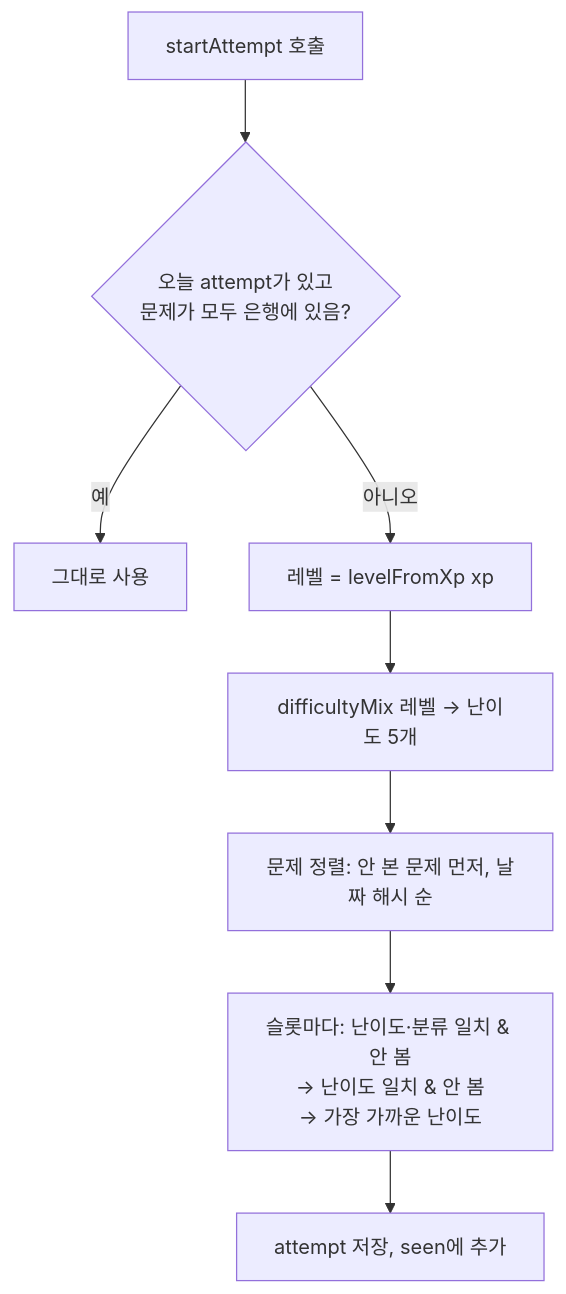
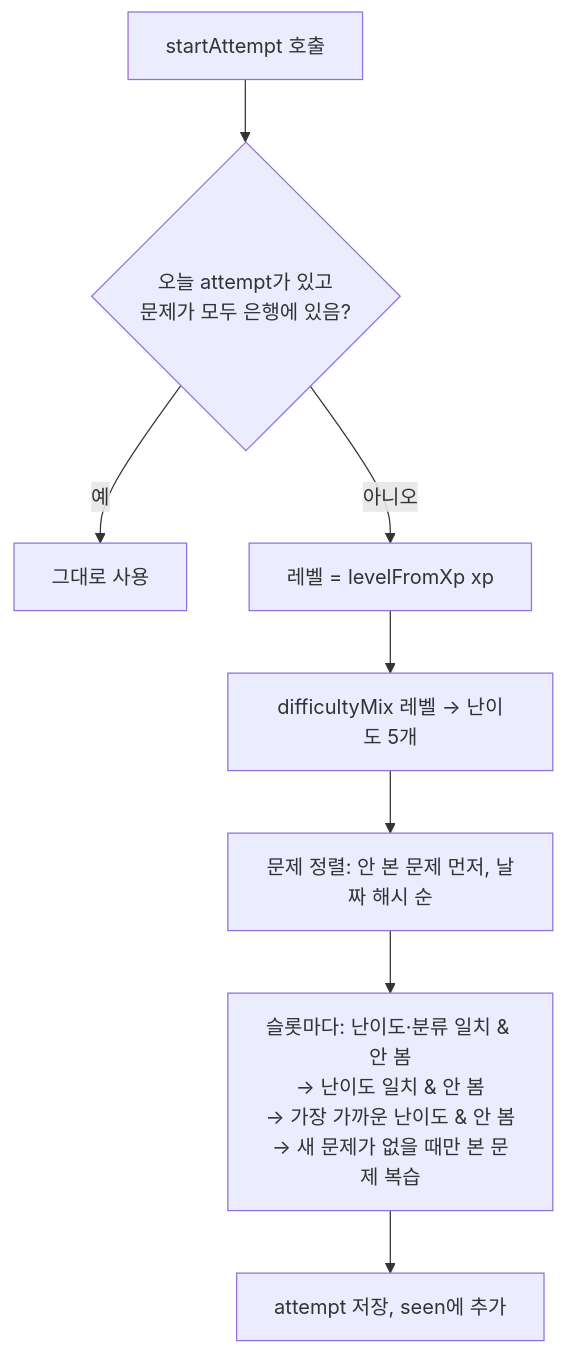
The fourth of 6 diagrams in docs/15_시스템_흐름.md (dldl8819/daily-english), drawn with Mermaid before and after one commit. The commit also changed 43 other files, not shown here.

````diff
--- a/docs/15_시스템_흐름.md
+++ b/docs/15_시스템_흐름.md
@@ -88,10 +88,10 @@
 ```mermaid
 flowchart TD
     A[startAttempt 호출] --> B{오늘 attempt가 있고<br/>문제가 모두 은행에 있음?}
     B -- 예 --> Z[그대로 사용]
     B -- 아니오 --> C[레벨 = levelFromXp xp]
     C --> D[difficultyMix 레벨 → 난이도 5개]
     D --> E[문제 정렬: 안 본 문제 먼저, 날짜 해시 순]
-    E --> F[슬롯마다: 난이도·분류 일치 & 안 봄<br/>→ 난이도 일치 & 안 봄<br/>→ 가장 가까운 난이도]
+    E --> F[슬롯마다: 난이도·분류 일치 & 안 봄<br/>→ 난이도 일치 & 안 봄<br/>→ 가장 가까운 난이도 & 안 봄<br/>→ 새 문제가 없을 때만 본 문제 복습]
     F --> G[attempt 저장, seen에 추가]
 ```
````
